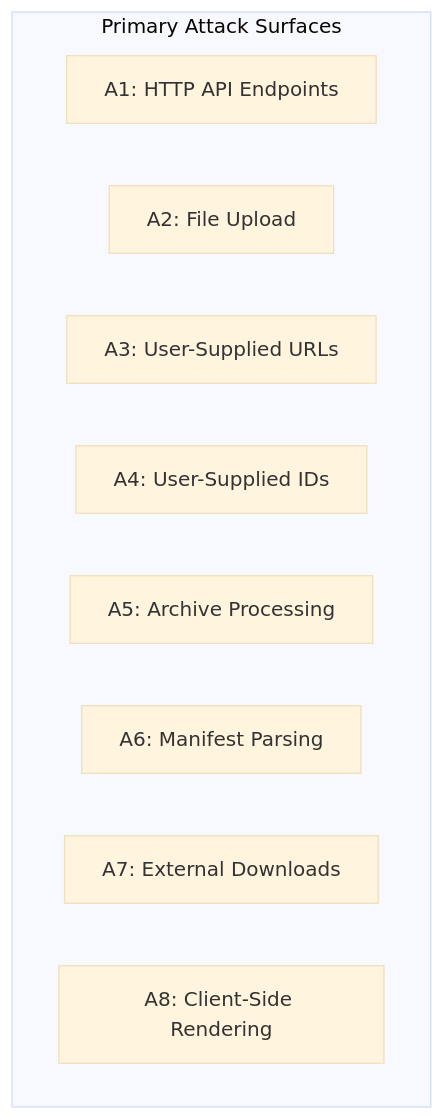
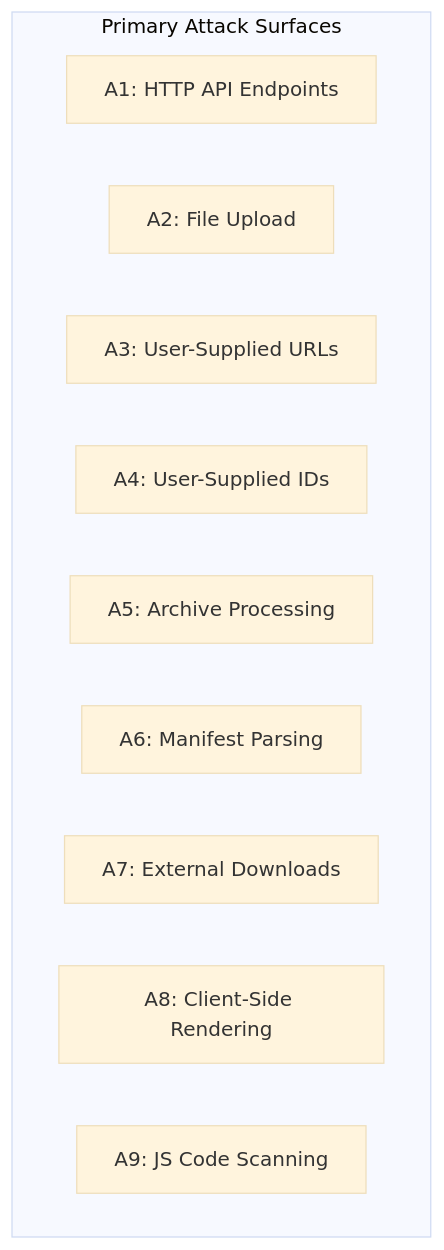
One commit to extensionchecker/extensionchecker-app changed the second of 4 diagrams in docs/threatmodel/THREAT_MODEL.md. Above: the diagram before and after it, drawn with Mermaid (base theme). The commit also changed other lines of this file and 53 other files, not shown here.

````diff
--- a/docs/threatmodel/THREAT_MODEL.md
+++ b/docs/threatmodel/THREAT_MODEL.md
@@ -91,13 +91,14 @@
 ```mermaid
 graph TD
     subgraph AttackSurface["Primary Attack Surfaces"]
         A1["A1: HTTP API Endpoints"]
         A2["A2: File Upload"]
         A3["A3: User-Supplied URLs"]
         A4["A4: User-Supplied IDs"]
         A5["A5: Archive Processing"]
         A6["A6: Manifest Parsing"]
         A7["A7: External Downloads"]
         A8["A8: Client-Side Rendering"]
+        A9["A9: JS Code Scanning"]
     end
 ```
````
